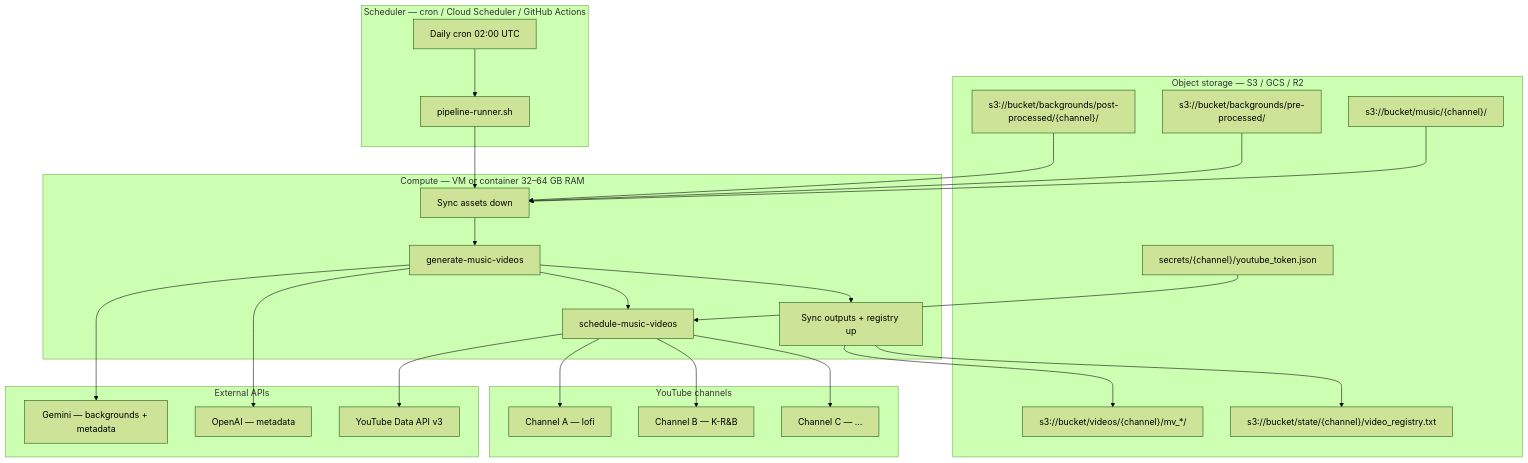
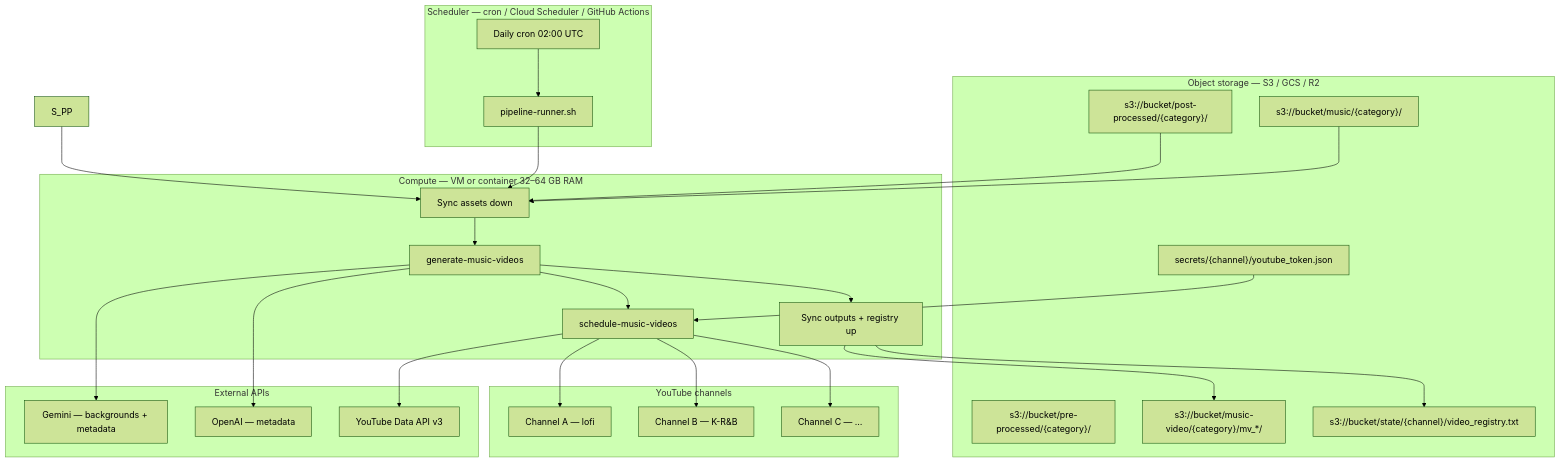
The second of 2 diagrams in FUTURE_PLAN.md (HaoChiBao/ai-music-assembler), drawn with Mermaid (forest theme) before and after one commit. The commit also changed other lines of this file and 44 other files, not shown here.

First line of the commit message:
Add assembly control API, R2 workers, and channel-based video output.

````diff
--- a/FUTURE_PLAN.md
+++ b/FUTURE_PLAN.md
@@ -75,44 +98,44 @@
 ```mermaid
 flowchart TB
   subgraph storage [Object storage — S3 / GCS / R2]
-    S_MU["s3://bucket/music/{channel}/"]
-    S_PP["s3://bucket/backgrounds/pre-processed/"]
-    S_PO["s3://bucket/backgrounds/post-processed/{channel}/"]
-    S_MV["s3://bucket/videos/{channel}/mv_*/"]
+    S_MU["s3://bucket/music/{category}/"]
+    S_PRE["s3://bucket/pre-processed/{category}/"]
+    S_PO["s3://bucket/post-processed/{category}/"]
+    S_MV["s3://bucket/music-video/{category}/mv_*/"]
     S_REG["s3://bucket/state/{channel}/video_registry.txt"]
     S_TOK["secrets/{channel}/youtube_token.json"]
   end
 
   subgraph orchestrator [Scheduler — cron / Cloud Scheduler / GitHub Actions]
     CRON["Daily cron 02:00 UTC"]
     JOB["pipeline-runner.sh"]
   end
 
   subgraph worker [Compute — VM or container 32–64 GB RAM]
     SYNC_IN[Sync assets down]
     BUILD[generate-music-videos]
     UPLOAD[schedule-music-videos]
     SYNC_OUT[Sync outputs + registry up]
   end
 
   subgraph channels [YouTube channels]
     CH_A[Channel A — lofi]
     CH_B[Channel B — K-R&B]
     CH_C[Channel C — …]
   end
 
   subgraph external [External APIs]
     GEMINI[Gemini — backgrounds + metadata]
     OPENAI[OpenAI — metadata]
     YTAPI[YouTube Data API v3]
   end
 
   CRON --> JOB --> SYNC_IN
   S_MU & S_PP & S_PO --> SYNC_IN
   SYNC_IN --> BUILD --> UPLOAD
   BUILD --> GEMINI & OPENAI
   UPLOAD --> YTAPI
   UPLOAD --> CH_A & CH_B & CH_C
   BUILD --> SYNC_OUT --> S_MV & S_REG
   S_TOK --> UPLOAD
 ```
````
